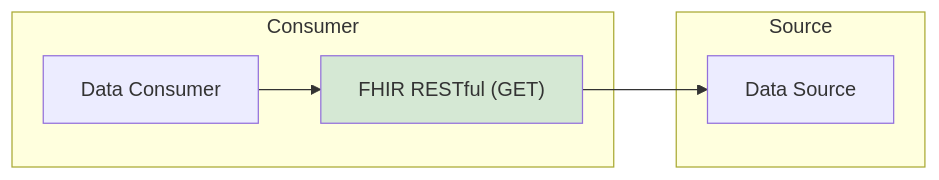
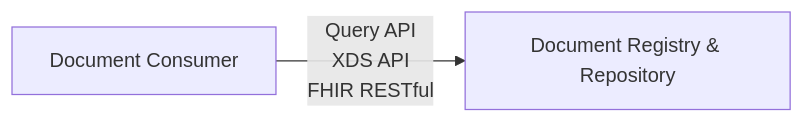
The third of 4 diagrams in input/pagecontent/exchange.md (nw-gmsa/nw-gmsa.github.com), drawn with Mermaid before and after one commit. The commit also changed other lines of this file, not shown here.

````diff
--- a/input/pagecontent/exchange.md
+++ b/input/pagecontent/exchange.md
@@ -314,21 +49,12 @@
 ```mermaid
-
 graph LR;
 
-subgraph Consumer
+    s[Document Consumer]
+    d[Document Registry & Repository]
 
-    d[Data Consumer]
-    d --> restC["FHIR RESTful (GET)"]
+s --> |Query API<br/>XDS API<br/>FHIR RESTful| d 
 
-end 
-subgraph Source;
-    s[Data Source]
-end 
+classDef yellow fill:#FFF2CC;
 
-restC --> s
-
-classDef green fill:#D5E8D4;
-
-class restC,v2E,fEvent,Agg green
-
+class v2D,fMessage yellow
 ```
````
